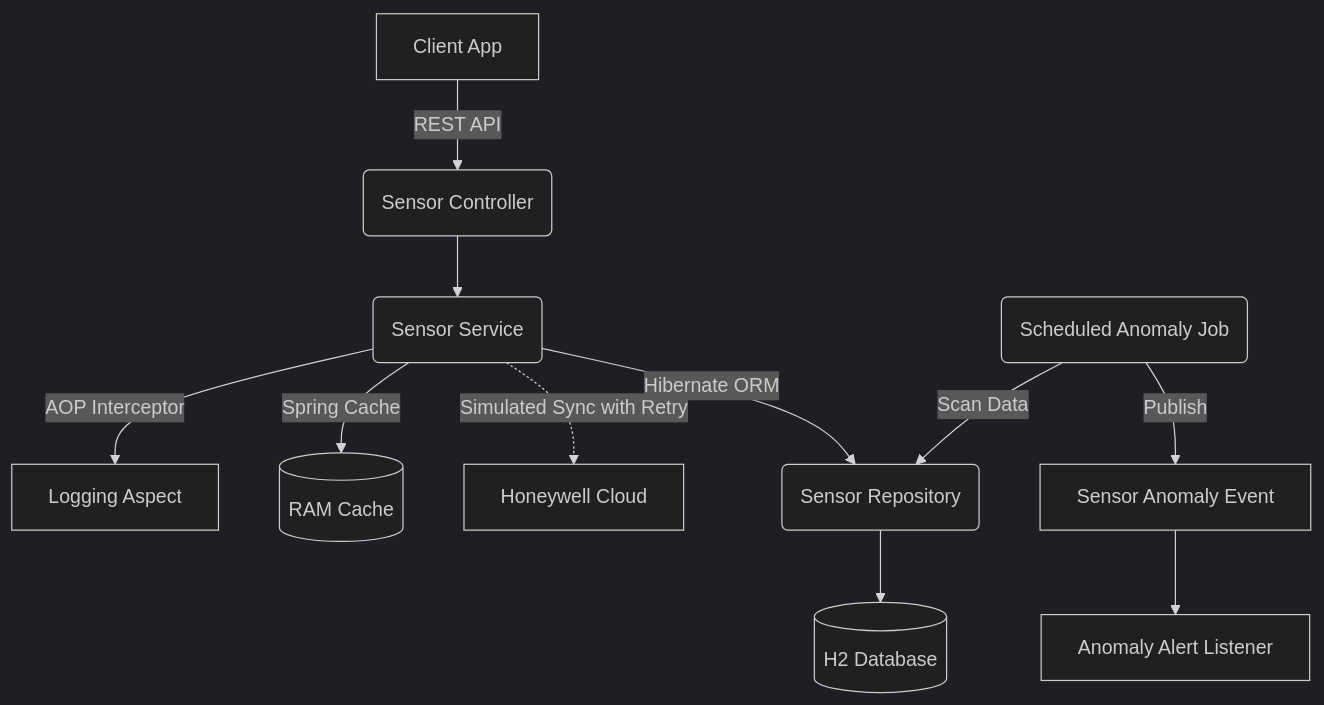
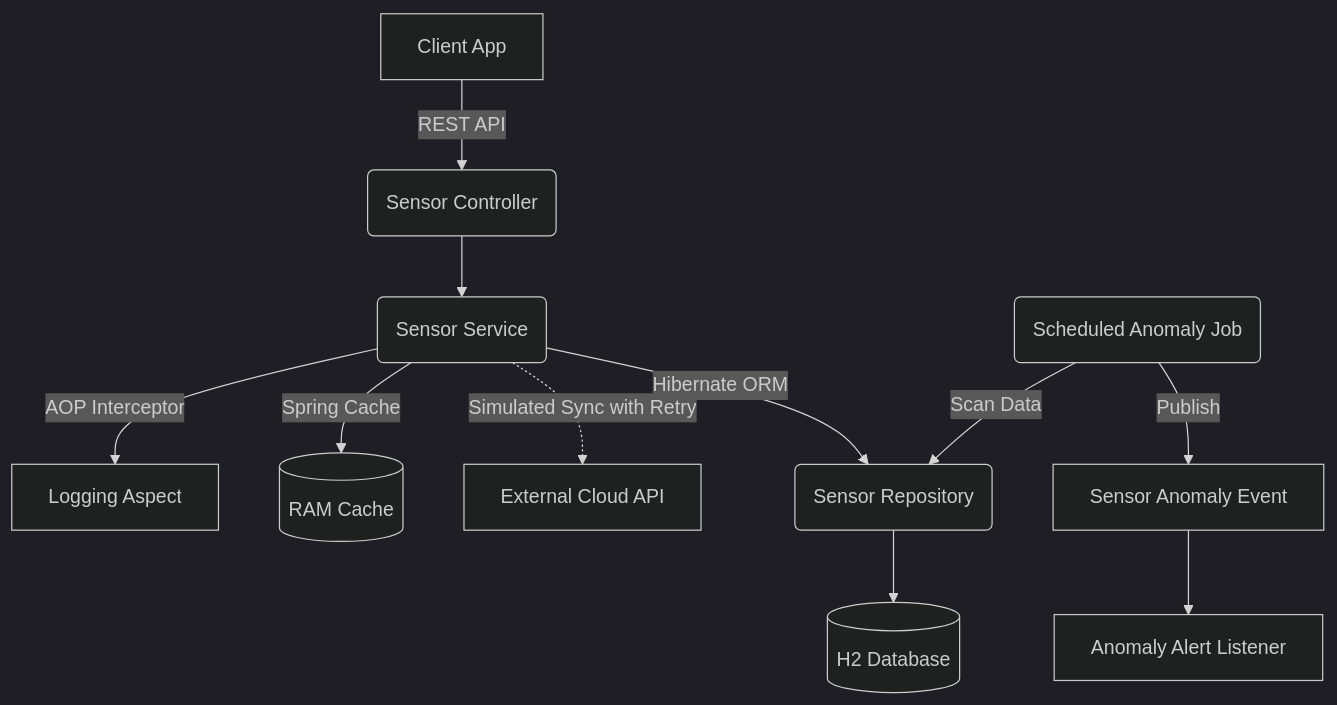
The diagram in README.md (mayankdl03/Smart-building), drawn with Mermaid (dark theme) before and after one commit. The commit also changed other lines of this file, not shown here.

Commit message:
Remove Honeywell branding from README

````diff
--- a/README.md
+++ b/README.md
@@ -18,13 +18,13 @@
 ```mermaid
 graph TD
     Client[Client App] -->|REST API| Controller(Sensor Controller)
     Controller --> Service(Sensor Service)
     Service -->|AOP Interceptor| Profiler[Logging Aspect]
     Service -->|Spring Cache| Cache[(RAM Cache)]
-    Service -.->|Simulated Sync with Retry| Cloud[Honeywell Cloud]
+    Service -.->|Simulated Sync with Retry| Cloud[External Cloud API]
     Service -->|Hibernate ORM| Repo(Sensor Repository)
     Repo --> DB[(H2 Database)]
     Job(Scheduled Anomaly Job) -->|Scan Data| Repo
     Job -->|Publish| Event[Sensor Anomaly Event]
     Event --> Listener[Anomaly Alert Listener]
 ```
````
